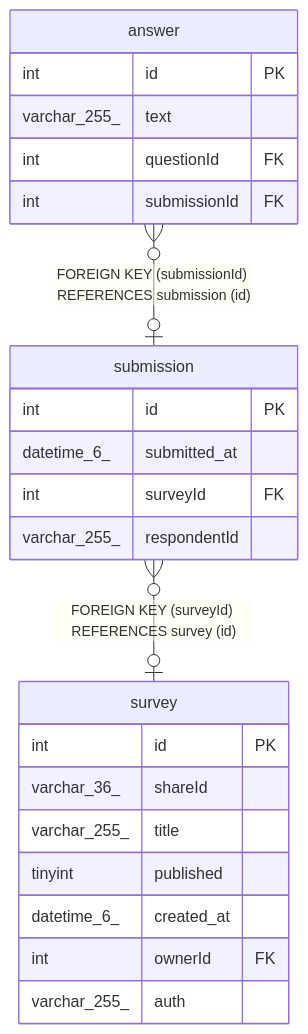
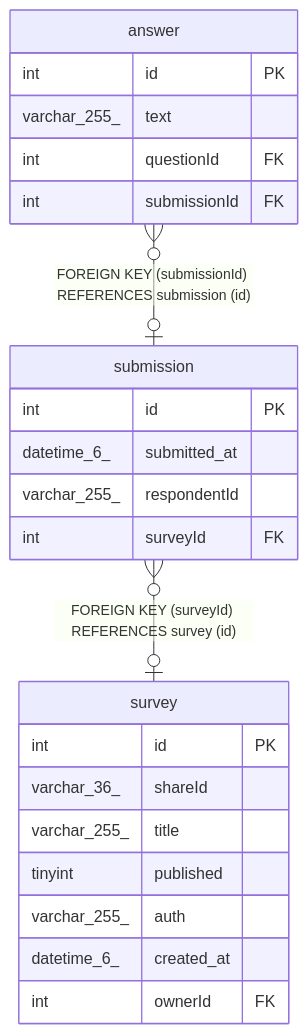
The diagram in docs/database/submission.md (BepHblVI/First-nest), drawn with Mermaid before and after one commit. The commit also changed other lines of this file and 17 other files, not shown here.

````diff
--- a/docs/database/submission.md
+++ b/docs/database/submission.md
@@ -47,28 +47,28 @@
 ```mermaid
 erDiagram
 
 "answer" }o--o| "submission" : "FOREIGN KEY (submissionId) REFERENCES submission (id)"
 "submission" }o--o| "survey" : "FOREIGN KEY (surveyId) REFERENCES survey (id)"
 
 "submission" {
   int id PK
   datetime_6_ submitted_at
+  varchar_255_ respondentId
   int surveyId FK
-  varchar_255_ respondentId
 }
 "answer" {
   int id PK
   varchar_255_ text
   int questionId FK
   int submissionId FK
 }
 "survey" {
   int id PK
   varchar_36_ shareId
   varchar_255_ title
   tinyint published
+  varchar_255_ auth
   datetime_6_ created_at
   int ownerId FK
-  varchar_255_ auth
 }
 ```
````
